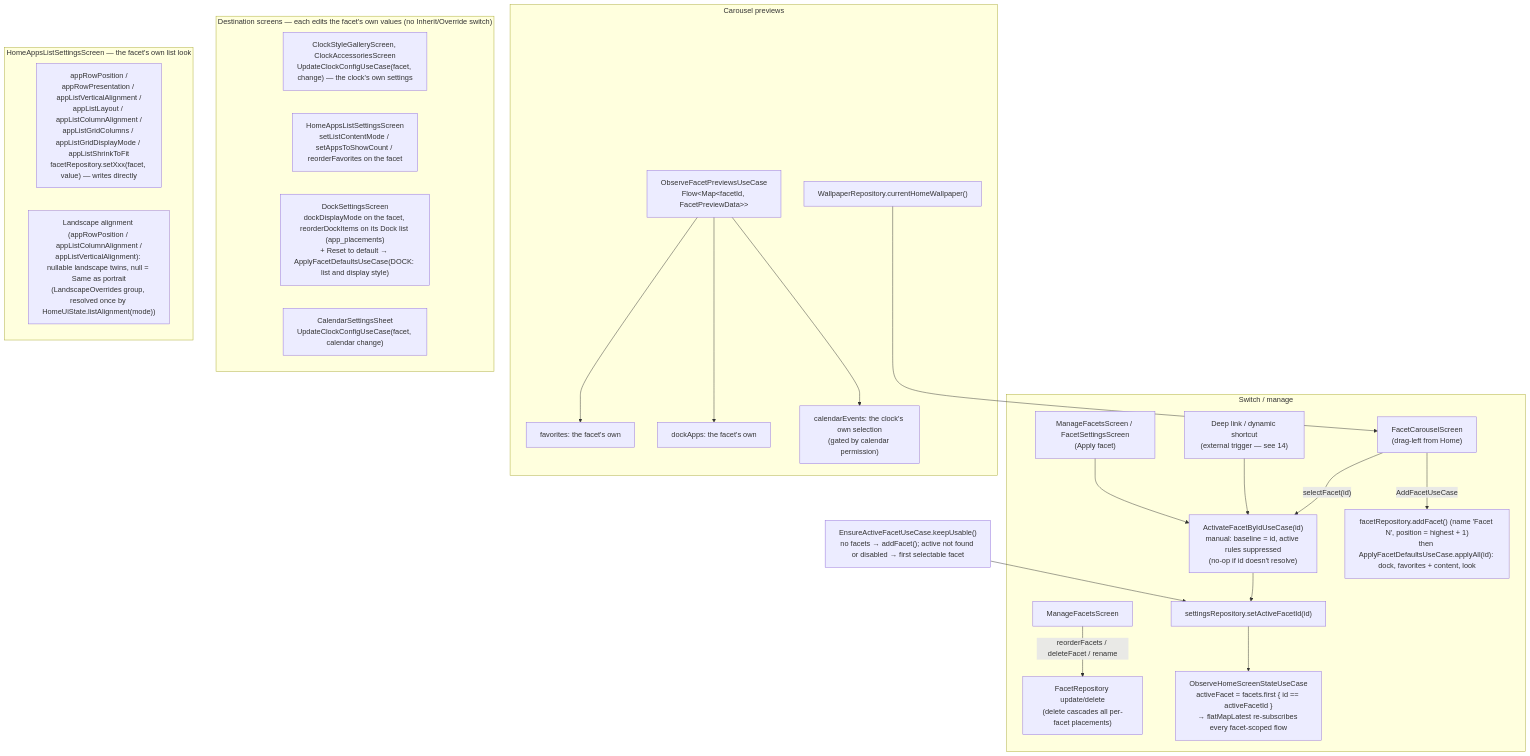
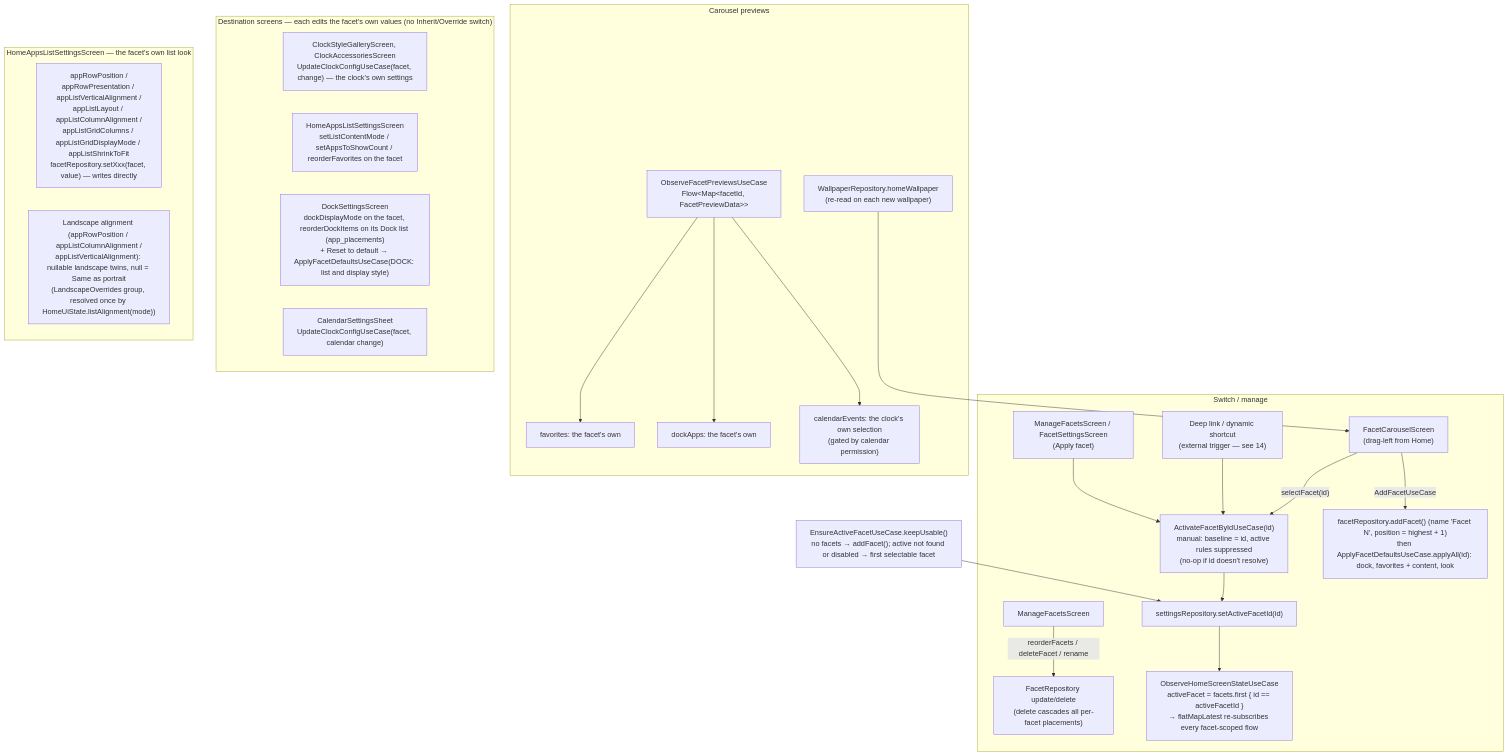
Before and after one commit to rohitganjam/facet-launcher: the first of 5 diagrams in docs/architecture/13-flow-facets-theme-notifications-onboarding.md, drawn with Mermaid. The commit also changed 7 other files, not shown here.

````diff
--- a/docs/architecture/13-flow-facets-theme-notifications-onboarding.md
+++ b/docs/architecture/13-flow-facets-theme-notifications-onboarding.md
@@ -12,30 +12,30 @@
 ```mermaid
 flowchart TB
     subgraph SWITCH["Switch / manage"]
         CAR["FacetCarouselScreen\n(drag-left from Home)"] -- "selectFacet(id)" --> UC["ActivateFacetByIdUseCase(id)\nmanual: baseline = id, active rules suppressed\n(no-op if id doesn't resolve)"]
         EXT["Deep link / dynamic shortcut\n(external trigger — see 14)"] --> UC
         MANA["ManageFacetsScreen / FacetSettingsScreen\n(Apply facet)"] --> UC
         UC --> S1["settingsRepository.setActiveFacetId(id)"]
         CAR -- "AddFacetUseCase" --> S2["facetRepository.addFacet() (name 'Facet N', position = highest + 1)\nthen ApplyFacetDefaultsUseCase.applyAll(id): dock, favorites + content, look"]
         MAN["ManageFacetsScreen"] -- "reorderFacets / deleteFacet / rename" --> S3["FacetRepository update/delete\n(delete cascades all per-facet placements)"]
         S1 --> HOME["ObserveHomeScreenStateUseCase\nactiveFacet = facets.first { id == activeFacetId }\n→ flatMapLatest re-subscribes every facet-scoped flow"]
     end
     subgraph PREVIEW["Carousel previews"]
         OFP["ObserveFacetPreviewsUseCase\nFlow&lt;Map&lt;facetId, FacetPreviewData&gt;&gt;"]
         OFP --> P1["favorites: the facet's own"]
         OFP --> P2["dockApps: the facet's own"]
         OFP --> P3["calendarEvents: the clock's own selection\n(gated by calendar permission)"]
-        WP["WallpaperRepository.currentHomeWallpaper()"] --> CAR
+        WP["WallpaperRepository.homeWallpaper\n(re-read on each new wallpaper)"] --> CAR
     end
     subgraph OWN["Destination screens — each edits the facet's own values (no Inherit/Override switch)"]
         C1["ClockStyleGalleryScreen, ClockAccessoriesScreen\nUpdateClockConfigUseCase(facet, change) — the clock's own settings"]
         C2["HomeAppsListSettingsScreen\nsetListContentMode / setAppsToShowCount / reorderFavorites on the facet"]
         C3["DockSettingsScreen\ndockDisplayMode on the facet, reorderDockItems on its Dock list (app_placements)\n+ Reset to default → ApplyFacetDefaultsUseCase(DOCK: list and display style)"]
         C4["CalendarSettingsSheet\nUpdateClockConfigUseCase(facet, calendar change)"]
     end
     subgraph LOOK["HomeAppsListSettingsScreen — the facet's own list look"]
         A1["appRowPosition /\nappRowPresentation / appListVerticalAlignment /\nappListLayout / appListColumnAlignment /\nappListGridColumns / appListGridDisplayMode / appListShrinkToFit\nfacetRepository.setXxx(facet, value) — writes directly"]
         A3["Landscape alignment (appRowPosition / appListColumnAlignment /\nappListVerticalAlignment): nullable landscape twins, null = Same as portrait\n(LandscapeOverrides group, resolved once by HomeUiState.listAlignment(mode))"]
     end
     EAF["EnsureActiveFacetUseCase.keepUsable()\nno facets → addFacet(); active not found or disabled → first selectable facet"] --> S1
 ```
````
